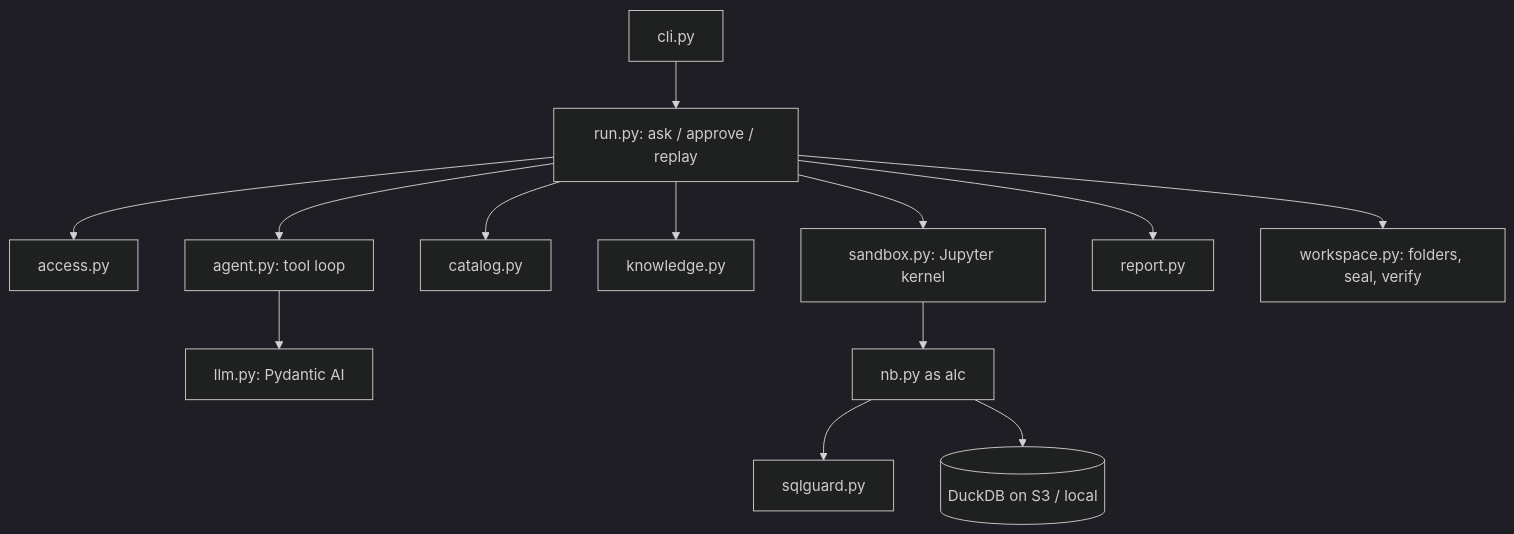
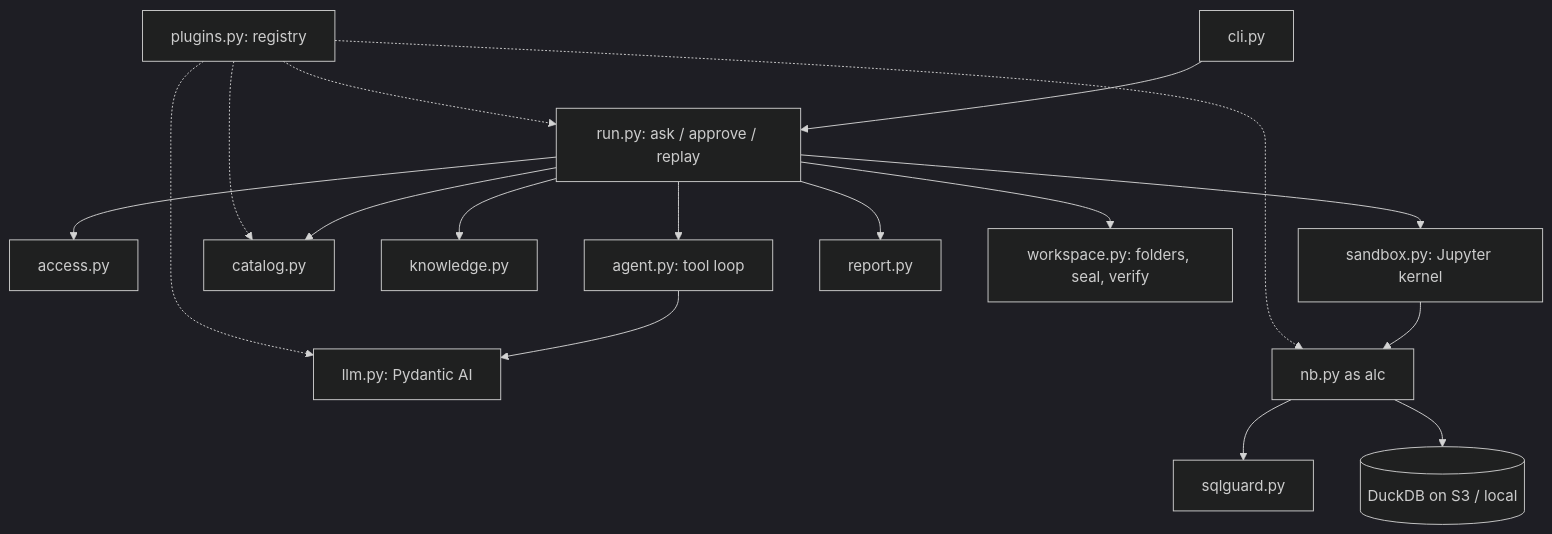
One commit to kausalflow/alchemist changed the diagram in docs/reference/code-layout.md. Above: the diagram before and after it, drawn with Mermaid (dark theme). The commit also changed other lines of this file and 22 other files, not shown here.

````diff
--- a/docs/reference/code-layout.md
+++ b/docs/reference/code-layout.md
@@ -28,15 +31,19 @@
 ```mermaid
 flowchart TB
     CLI[cli.py] --> RUN[run.py: ask / approve / replay]
     RUN --> ACC[access.py]
     RUN --> AG[agent.py: tool loop]
     AG --> LLM[llm.py: Pydantic AI]
     RUN --> CAT[catalog.py]
     RUN --> KN[knowledge.py]
     RUN --> SB[sandbox.py: Jupyter kernel]
     SB --> NB[nb.py as alc]
     NB --> SQL[sqlguard.py]
     NB --> DUCK[(DuckDB on S3 / local)]
     RUN --> REP[report.py]
     RUN --> WS[workspace.py: folders, seal, verify]
+    PLG[plugins.py: registry] -.-> CAT
+    PLG -.-> LLM
+    PLG -.-> RUN
+    PLG -.-> NB
 ```
````
